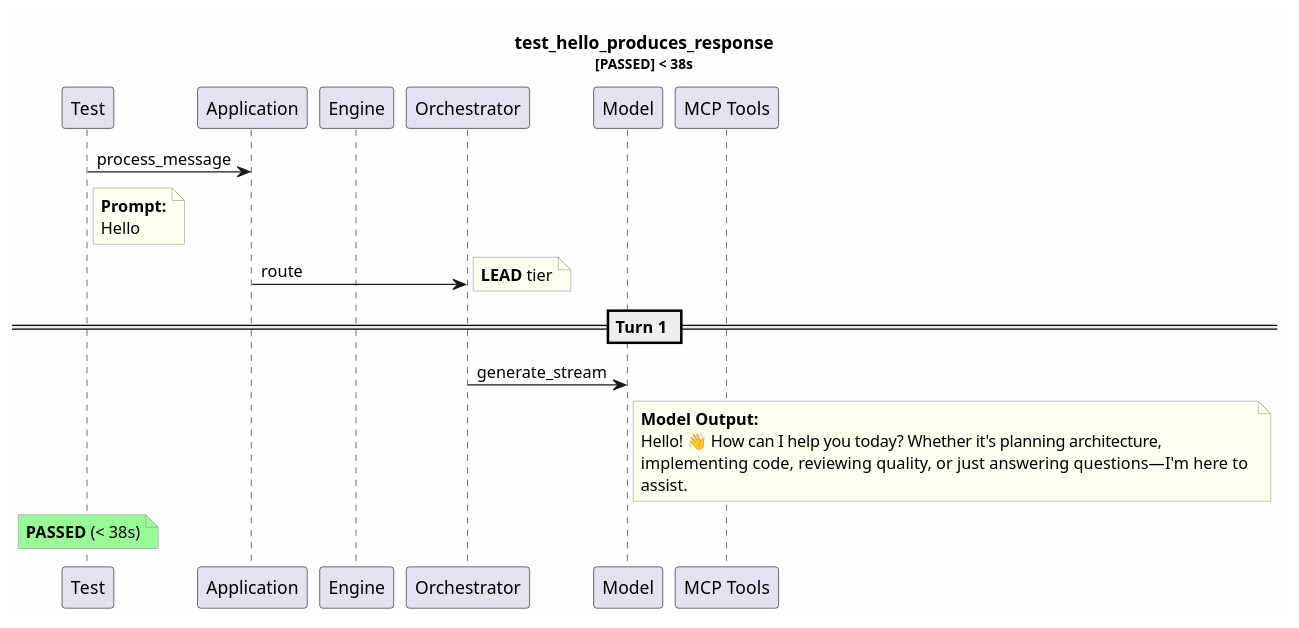
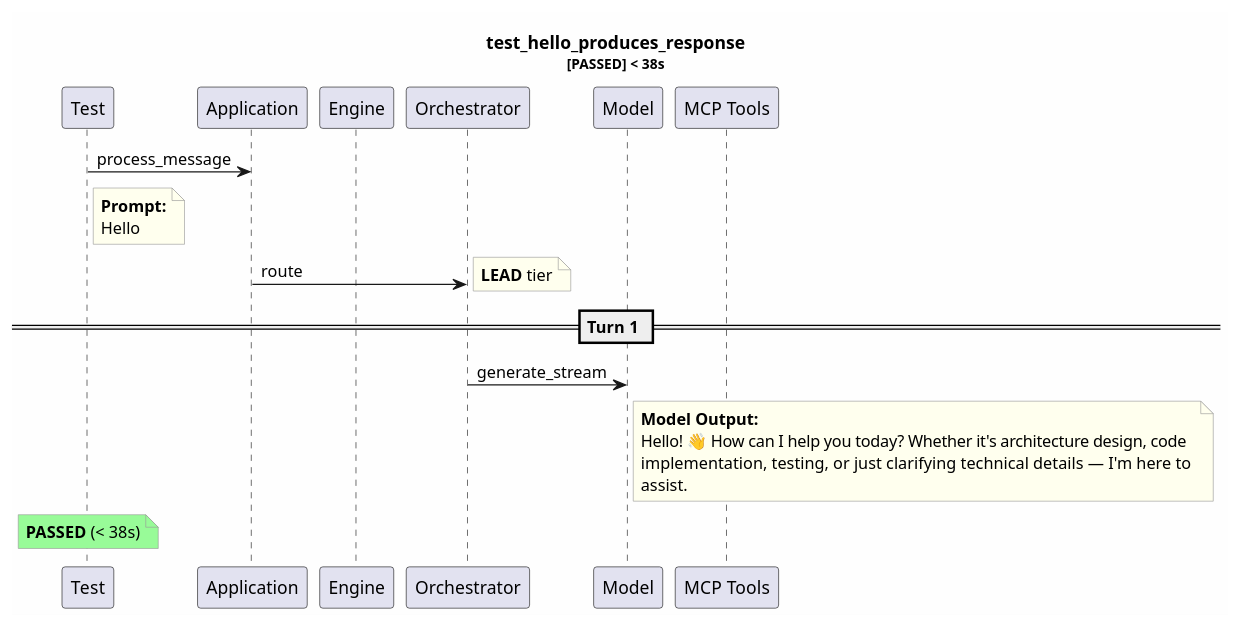
The diagram in test-reports/logs/test_hello_produces_response/test_hello_produces_response.puml (tvanfossen/entropic), drawn with PlantUML before and after one commit. The commit also changed 16 other files, not shown here.

```diff
--- a/test-reports/logs/test_hello_produces_response/test_hello_produces_response.puml
+++ b/test-reports/logs/test_hello_produces_response/test_hello_produces_response.puml
@@ -1,33 +1,33 @@
 @startuml
 skinparam backgroundColor #FEFEFE
 skinparam noteBorderColor #999999
 skinparam noteBackgroundColor #FFFFEE
 title test_hello_produces_response\n<size:11>[PASSED] < 38s</size>
 
 participant "Test" as T
 participant "Application" as App
 participant "Engine" as Eng
 participant "Orchestrator" as Orch
 participant "Model" as Mdl
 participant "MCP Tools" as MCP
 
 T -> App: process_message
 note right of T
   **Prompt:**
   Hello
 end note
 App -> Orch: route
 note right: **LEAD** tier
 == Turn 1 ==
 Orch -> Mdl: generate_stream
 note right of Mdl
   **Model Output:**
-  Hello! 👋 How can I help you today? Whether it's planning architecture, 
-  implementing code, reviewing quality, or just answering questions—I'm here to 
+  Hello! 👋 How can I help you today? Whether it's architecture design, code 
+  implementation, testing, or just clarifying technical details — I'm here to 
   assist.
 end note
 note over T #palegreen
   **PASSED** (< 38s)
 end note
 
 @enduml
```
